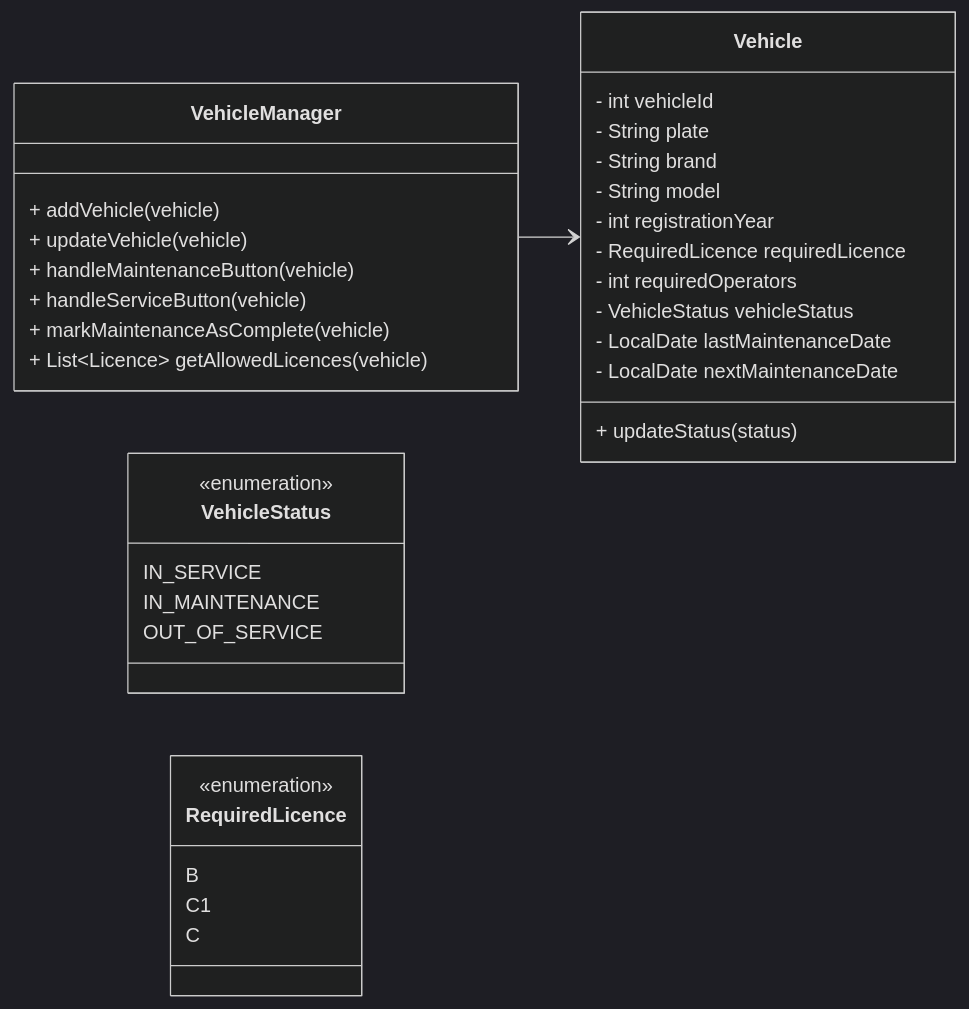
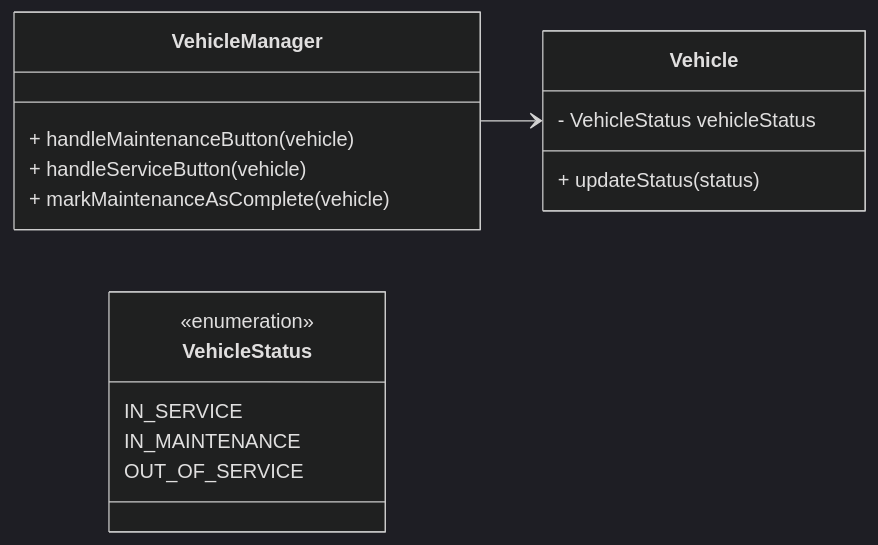
Before and after one commit to Alex-Cambrini/pss24-25-WasteMaster-Cambrini-Ferrari-Ragazzini: the fifth of 15 diagrams in report.md, drawn with Mermaid (dark theme). The commit also changed other lines of this file, not shown here.

Commit message:
feat: update design documentation for Vehicle Management

````diff
--- a/report.md
+++ b/report.md
@@ -338,43 +314,24 @@
 ```mermaid
 classDiagram
-direction LR
+    direction LR
 
-class Vehicle {
-    - int vehicleId
-    - String plate
-    - String brand
-    - String model
-    - int registrationYear
-    - RequiredLicence requiredLicence
-    - int requiredOperators
-    - VehicleStatus vehicleStatus
-    - LocalDate lastMaintenanceDate
-    - LocalDate nextMaintenanceDate
-    + updateStatus(status)
-}
+    class Vehicle {
+        - VehicleStatus vehicleStatus
+        + updateStatus(status)
+    }
 
-class VehicleManager {
-    + addVehicle(vehicle)
-    + updateVehicle(vehicle)
-    + handleMaintenanceButton(vehicle)
-    + handleServiceButton(vehicle)
-    + markMaintenanceAsComplete(vehicle)
-    + List~Licence~ getAllowedLicences(vehicle)
-}
+    class VehicleManager {
+        + handleMaintenanceButton(vehicle)
+        + handleServiceButton(vehicle)
+        + markMaintenanceAsComplete(vehicle)
+    }
 
-VehicleManager --> Vehicle
+    class VehicleStatus {
+        <<enumeration>>
+        IN_SERVICE
+        IN_MAINTENANCE
+        OUT_OF_SERVICE
+    }
 
-class VehicleStatus {
-    <<enumeration>>
-    IN_SERVICE
-    IN_MAINTENANCE
-    OUT_OF_SERVICE
-}
-
-class RequiredLicence {
-    <<enumeration>>
-    B
-    C1
-    C
-}
+    VehicleManager --> Vehicle
 ```
````
